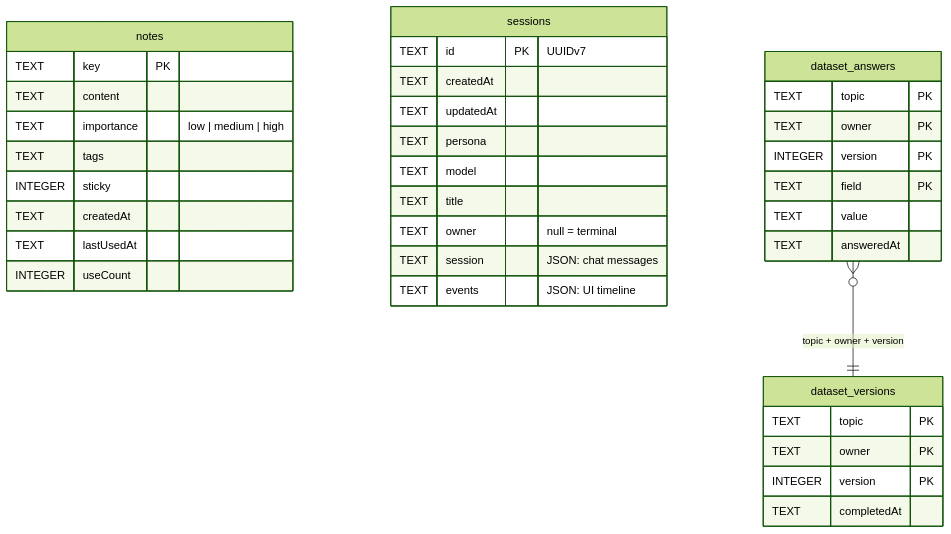
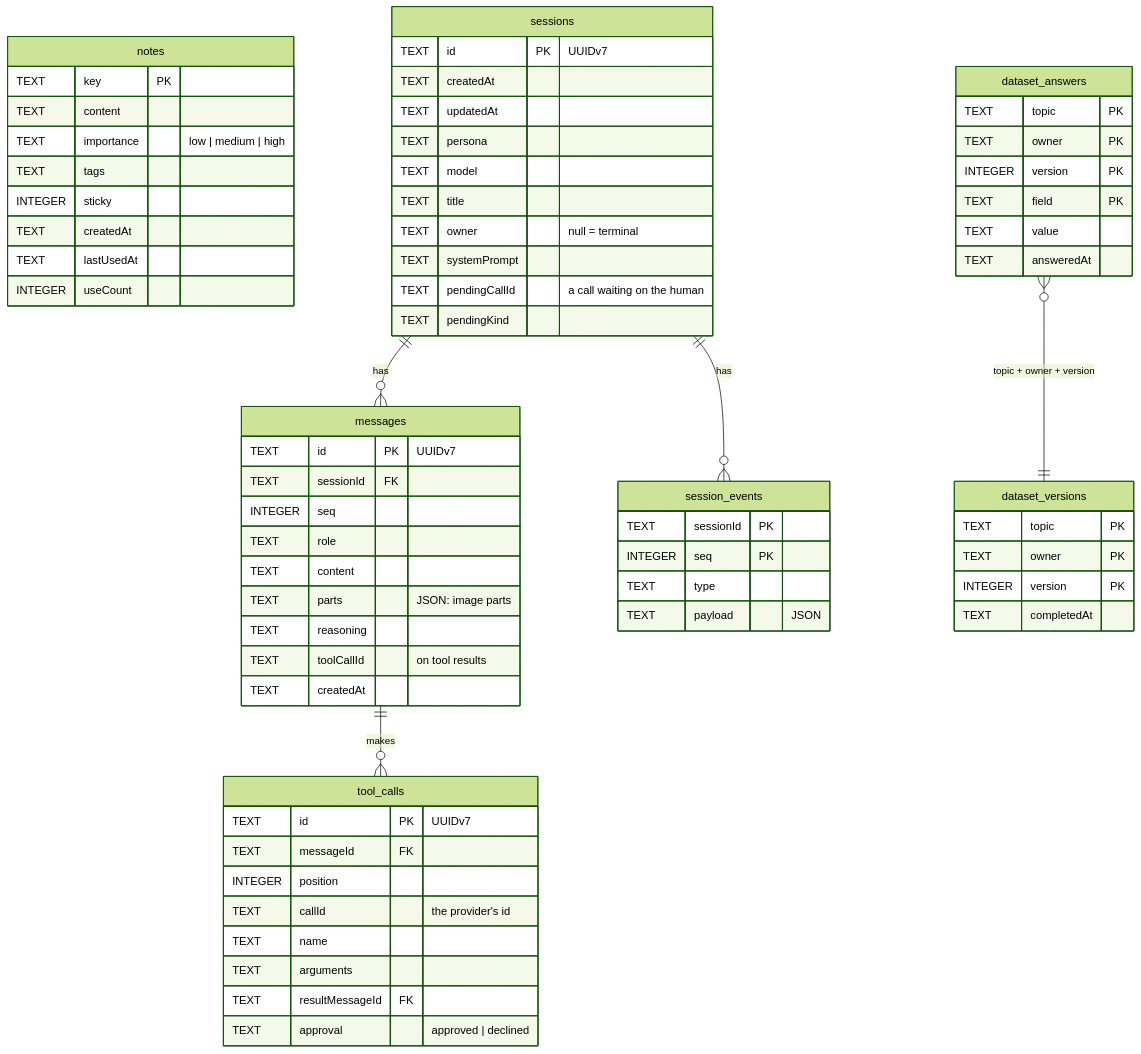
Before and after one commit to SubZtep/kaja: the diagram in docs/tui/sqlite.md, drawn with Mermaid (forest theme). The commit also changed other lines of this file and 17 other files, not shown here.

First line of the commit message:
feat: store sessions as message and tool-call rows

````diff
--- a/docs/tui/sqlite.md
+++ b/docs/tui/sqlite.md
@@ -31,43 +34,77 @@
 ```mermaid
 erDiagram
   notes {
     TEXT key PK
     TEXT content
     TEXT importance "low | medium | high"
     TEXT tags
     INTEGER sticky
     TEXT createdAt
     TEXT lastUsedAt
     INTEGER useCount
   }
 
   sessions {
     TEXT id PK "UUIDv7"
     TEXT createdAt
     TEXT updatedAt
     TEXT persona
     TEXT model
     TEXT title
     TEXT owner "null = terminal"
-    TEXT session "JSON: chat messages"
-    TEXT events "JSON: UI timeline"
+    TEXT systemPrompt
+    TEXT pendingCallId "a call waiting on the human"
+    TEXT pendingKind
+  }
+
+  messages {
+    TEXT id PK "UUIDv7"
+    TEXT sessionId FK
+    INTEGER seq
+    TEXT role
+    TEXT content
+    TEXT parts "JSON: image parts"
+    TEXT reasoning
+    TEXT toolCallId "on tool results"
+    TEXT createdAt
+  }
+
+  tool_calls {
+    TEXT id PK "UUIDv7"
+    TEXT messageId FK
+    INTEGER position
+    TEXT callId "the provider's id"
+    TEXT name
+    TEXT arguments
+    TEXT resultMessageId FK
+    TEXT approval "approved | declined"
+  }
+
+  session_events {
+    TEXT sessionId PK
+    INTEGER seq PK
+    TEXT type
+    TEXT payload "JSON"
   }
 
   dataset_answers {
     TEXT topic PK
     TEXT owner PK
     INTEGER version PK
     TEXT field PK
     TEXT value
     TEXT answeredAt
   }
 
   dataset_versions {
     TEXT topic PK
     TEXT owner PK
     INTEGER version PK
     TEXT completedAt
   }
 
+  sessions ||--o{ messages : has
+  sessions ||--o{ session_events : has
+  messages ||--o{ tool_calls : makes
   dataset_answers }o--|| dataset_versions : "topic + owner + version"
 ```
````
